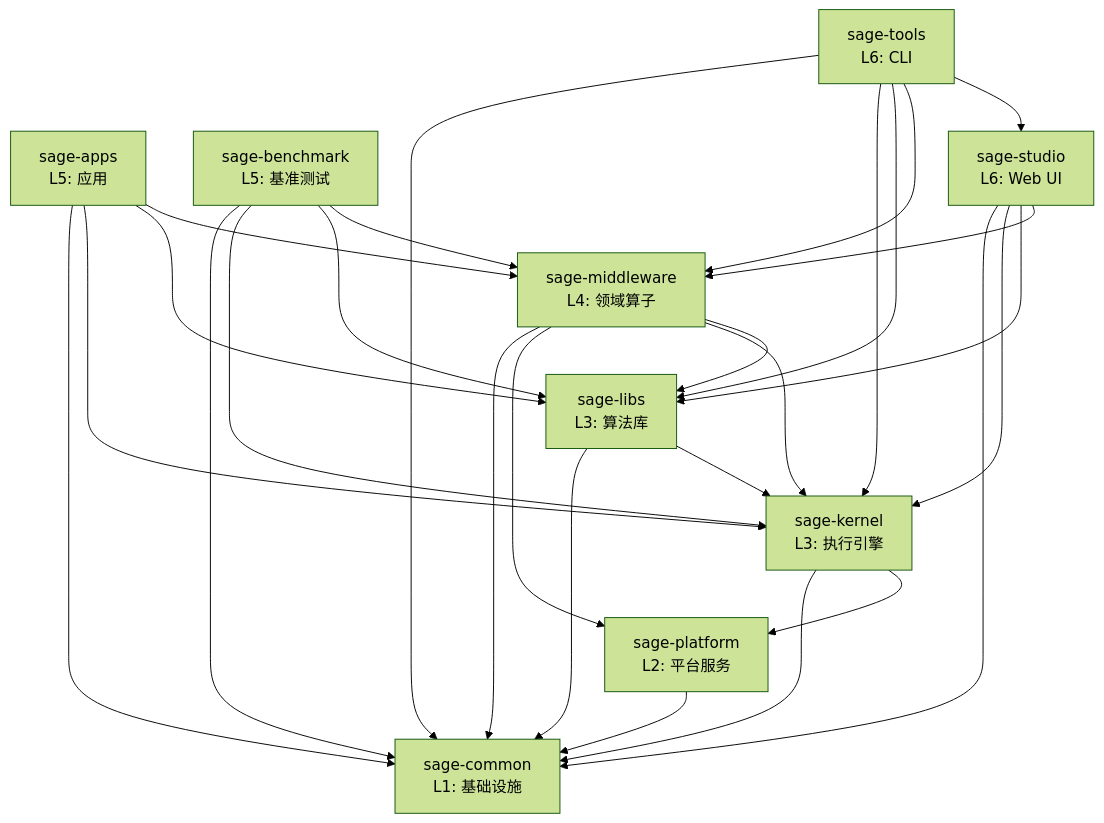
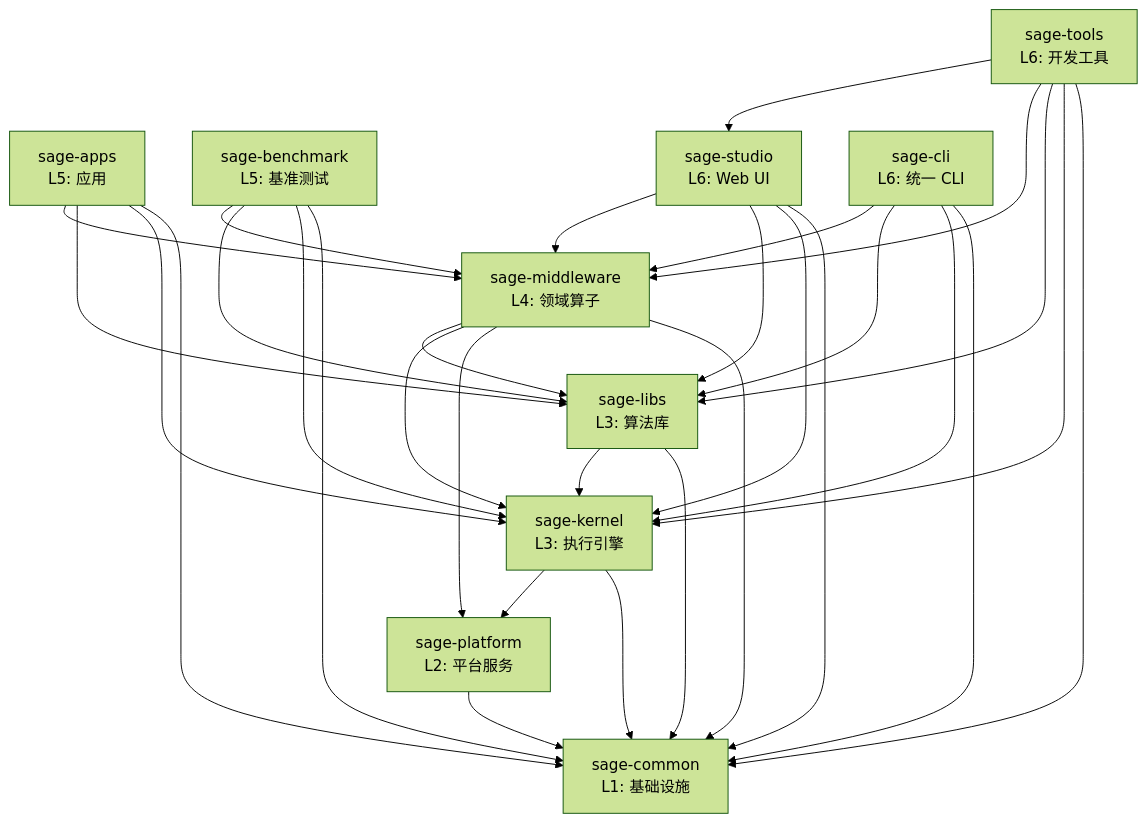
One commit to intellistream/SAGE-Pub changed the diagram in docs_src/concepts/architecture/package-structure.md. Above: the diagram before and after it, drawn with Mermaid (forest theme). The commit also changed other lines of this file and 2 other files, not shown here.

First line of the commit message:
fix: 添加缺失的 sage-cli 包并修复卡片图标语法

````diff
--- a/docs_src/concepts/architecture/package-structure.md
+++ b/docs_src/concepts/architecture/package-structure.md
@@ -23,50 +24,56 @@
 ```mermaid
 graph TD
     common[sage-common<br/>L1: 基础设施]
 
     platform[sage-platform<br/>L2: 平台服务]
 
     kernel[sage-kernel<br/>L3: 执行引擎]
     libs[sage-libs<br/>L3: 算法库]
 
     middleware[sage-middleware<br/>L4: 领域算子]
 
     apps[sage-apps<br/>L5: 应用]
     benchmark[sage-benchmark<br/>L5: 基准测试]
 
     studio[sage-studio<br/>L6: Web UI]
-    tools[sage-tools<br/>L6: CLI]
+    cli[sage-cli<br/>L6: 统一 CLI]
+    tools[sage-tools<br/>L6: 开发工具]
 
     platform --> common
 
     kernel --> common
     kernel --> platform
     libs --> common
     libs --> kernel
 
     middleware --> common
     middleware --> platform
     middleware --> kernel
     middleware --> libs
 
     apps --> common
     apps --> kernel
     apps --> libs
     apps --> middleware
 
     benchmark --> common
     benchmark --> kernel
     benchmark --> libs
     benchmark --> middleware
 
     studio --> common
     studio --> kernel
     studio --> libs
     studio --> middleware
 
+    cli --> common
+    cli --> kernel
+    cli --> libs
+    cli --> middleware
+
     tools --> common
     tools --> kernel
     tools --> libs
     tools --> middleware
     tools --> studio
 ```
````
